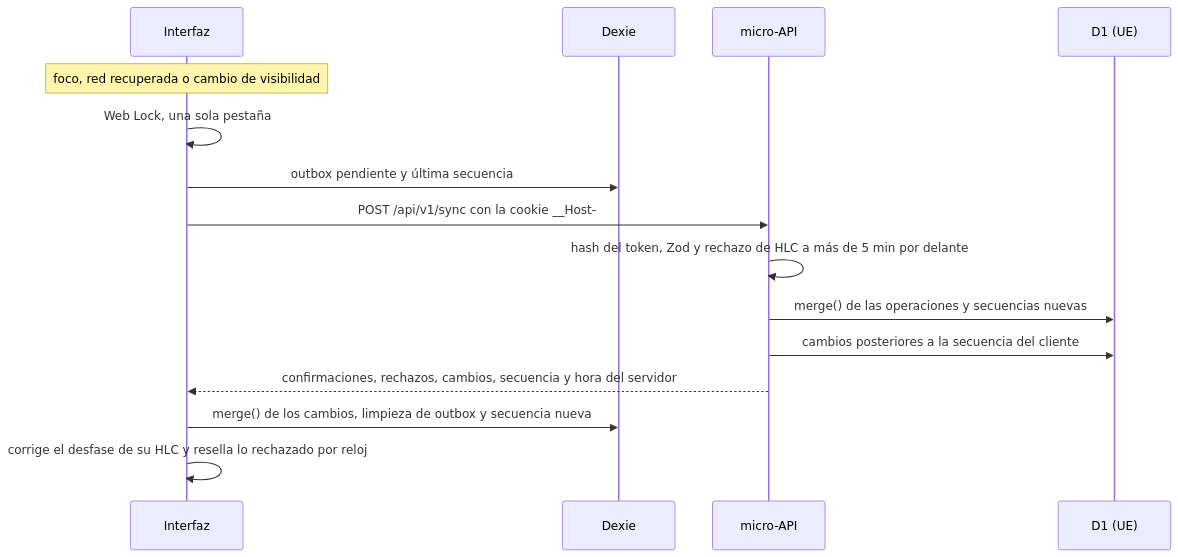
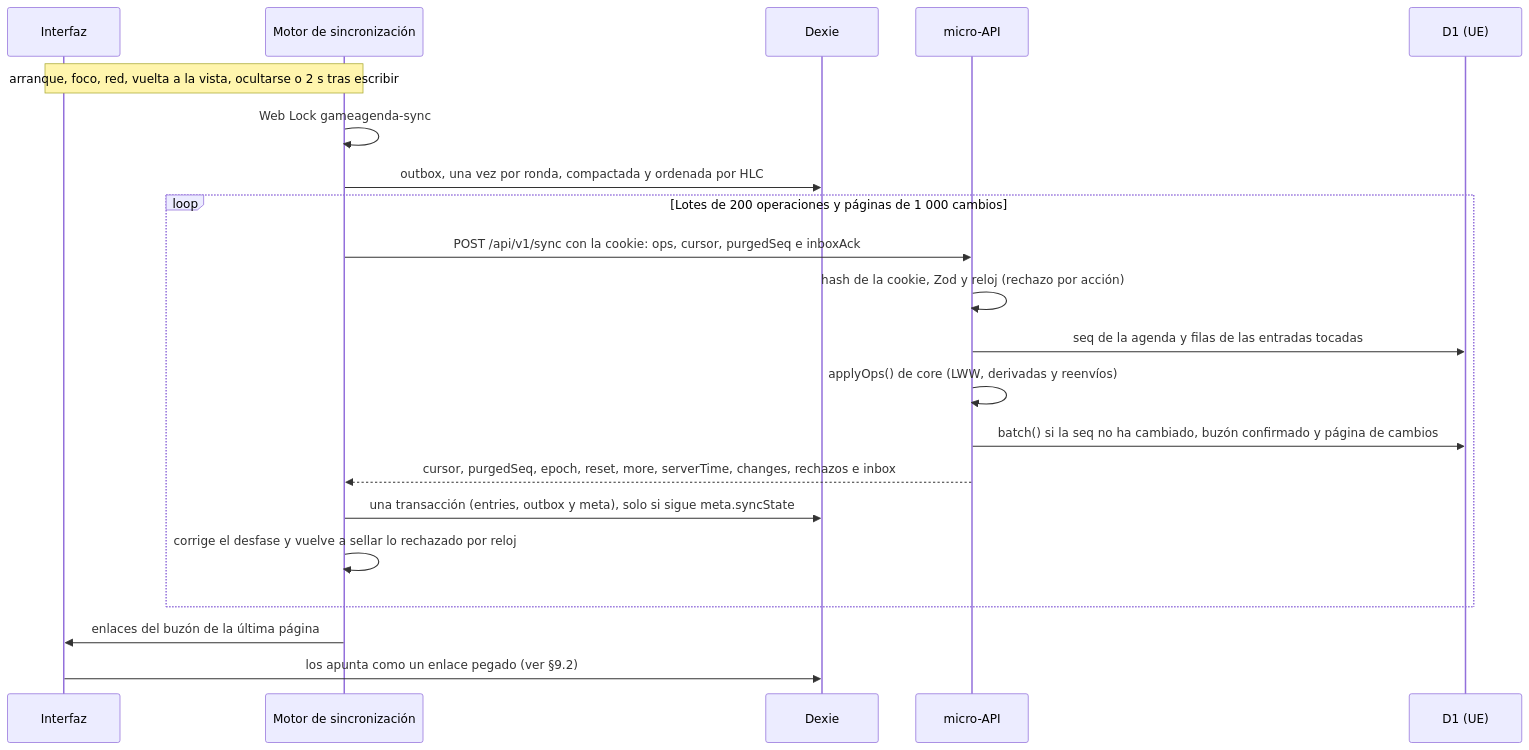
One commit to LucasPrezFdez/gameagenda changed the fifth of 5 diagrams in docs/planificacion/secciones/05-arquitectura.md. Above: the diagram before and after it, drawn with Mermaid. The commit also changed other lines of this file and 14 other files, not shown here.

First line of the commit message:
docs: las partes 3 y 4 de M4, en las secciones del plan y el traspaso

````diff
--- a/docs/planificacion/secciones/05-arquitectura.md
+++ b/docs/planificacion/secciones/05-arquitectura.md
@@ -189,17 +195,23 @@
 ```mermaid
 sequenceDiagram
   participant UI as Interfaz
+  participant M as Motor de sincronización
   participant DB as Dexie
   participant API as micro-API
   participant D1 as D1 (UE)
-  Note over UI: foco, red recuperada o cambio de visibilidad
-  UI->>UI: Web Lock, una sola pestaña
-  UI->>DB: outbox pendiente y última secuencia
-  UI->>API: POST /api/v1/sync con la cookie __Host-
-  API->>API: hash del token, Zod y rechazo de HLC a más de 5 min por delante
-  API->>D1: merge() de las operaciones y secuencias nuevas
-  API->>D1: cambios posteriores a la secuencia del cliente
-  API-->>UI: confirmaciones, rechazos, cambios, secuencia y hora del servidor
-  UI->>DB: merge() de los cambios, limpieza de outbox y secuencia nueva
-  UI->>UI: corrige el desfase de su HLC y resella lo rechazado por reloj
+  Note over UI,M: arranque, foco, red, vuelta a la vista, ocultarse o 2 s tras escribir
+  M->>M: Web Lock gameagenda-sync
+  M->>DB: outbox, una vez por ronda, compactada y ordenada por HLC
+  loop Lotes de 200 operaciones y páginas de 1 000 cambios
+    M->>API: POST /api/v1/sync con la cookie: ops, cursor, purgedSeq e inboxAck
+    API->>API: hash de la cookie, Zod y reloj (rechazo por acción)
+    API->>D1: seq de la agenda y filas de las entradas tocadas
+    API->>API: applyOps() de core (LWW, derivadas y reenvíos)
+    API->>D1: batch() si la seq no ha cambiado, buzón confirmado y página de cambios
+    API-->>M: cursor, purgedSeq, epoch, reset, more, serverTime, changes, rechazos e inbox
+    M->>DB: una transacción (entries, outbox y meta), solo si sigue meta.syncState
+    M->>M: corrige el desfase y vuelve a sellar lo rechazado por reloj
+  end
+  M->>UI: enlaces del buzón de la última página
+  UI->>DB: los apunta como un enlace pegado (ver §9.2)
 ```
````
